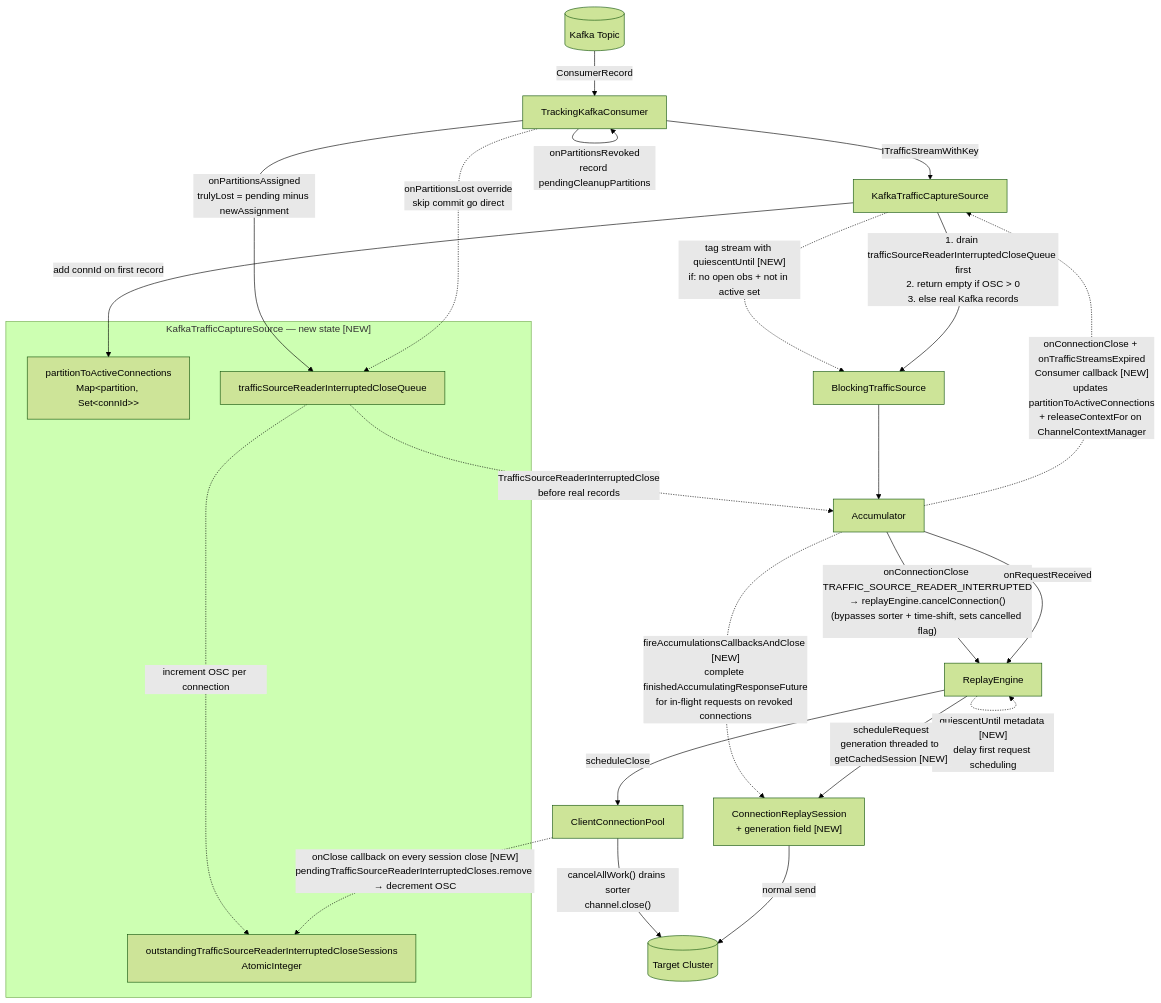
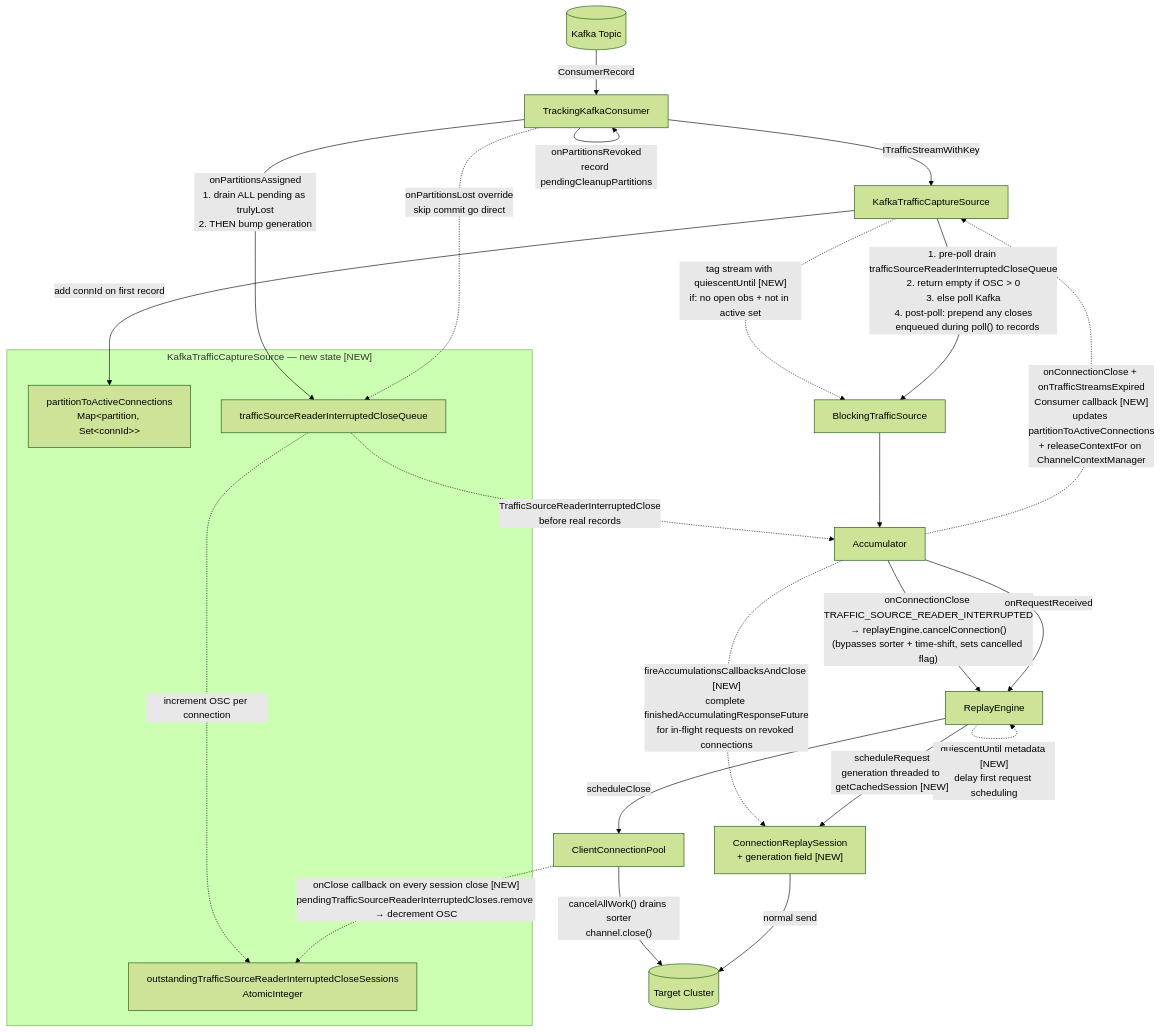
One commit to opensearch-project/opensearch-migrations changed the third of 4 diagrams in docs/replayerArchitecture.md. Above: the diagram before and after it, drawn with Mermaid (forest theme). The commit also changed other lines of this file and 2 other files, not shown here.

````diff
--- a/docs/replayerArchitecture.md
+++ b/docs/replayerArchitecture.md
@@ -155,45 +167,45 @@
 ```mermaid
 flowchart TD
     Kafka[(Kafka Topic)]
     KCS[KafkaTrafficCaptureSource]
     TKC[TrackingKafkaConsumer]
     BTS[BlockingTrafficSource]
     ACC[Accumulator]
     RE[ReplayEngine]
     CCP[ClientConnectionPool]
     CRS["ConnectionReplaySession\n+ generation field [NEW]"]
     Target[(Target Cluster)]
 
     subgraph planned_source["KafkaTrafficCaptureSource — new state [NEW]"]
         PAC["partitionToActiveConnections\nMap&lt;partition, Set&lt;connId&gt;&gt;"]
         SQ["trafficSourceReaderInterruptedCloseQueue"]
         OSC["outstandingTrafficSourceReaderInterruptedCloseSessions\nAtomicInteger"]
     end
 
     Kafka -->|ConsumerRecord| TKC
     TKC -->|ITrafficStreamWithKey| KCS
     KCS -->|add connId on first record| PAC
     KCS -.->|"tag stream with quiescentUntil [NEW]\nif: no open obs + not in active set"| BTS
-    KCS -->|"1. drain trafficSourceReaderInterruptedCloseQueue first\n2. return empty if OSC > 0\n3. else real Kafka records"| BTS
+    KCS -->|"1. pre-poll drain trafficSourceReaderInterruptedCloseQueue\n2. return empty if OSC > 0\n3. else poll Kafka\n4. post-poll: prepend any closes\n   enqueued during poll() to records"| BTS
     BTS --> ACC
 
     TKC -->|onPartitionsRevoked\nrecord pendingCleanupPartitions| TKC
-    TKC -->|onPartitionsAssigned\ntrulyLost = pending minus newAssignment| SQ
+    TKC -->|"onPartitionsAssigned\n1. drain ALL pending as trulyLost\n2. THEN bump generation"| SQ
     TKC -.->|onPartitionsLost override\nskip commit go direct| SQ
     SQ -.->|increment OSC per connection| OSC
 
     SQ -.->|TrafficSourceReaderInterruptedClose\nbefore real records| ACC
 
     ACC -.->|"fireAccumulationsCallbacksAndClose [NEW]\ncomplete finishedAccumulatingResponseFuture\nfor in-flight requests on revoked connections"| CRS
     ACC -.->|"onConnectionClose + onTrafficStreamsExpired\nConsumer callback [NEW]\nupdates partitionToActiveConnections\n+ releaseContextFor on ChannelContextManager"| KCS
 
     ACC -->|"onConnectionClose TRAFFIC_SOURCE_READER_INTERRUPTED\n→ replayEngine.cancelConnection()\n(bypasses sorter + time-shift, sets cancelled flag)"| RE
     RE -->|scheduleClose| CCP
     CCP -->|"cancelAllWork() drains sorter\nchannel.close()"| Target
     CCP -.->|"onClose callback on every session close [NEW]\npendingTrafficSourceReaderInterruptedCloses.remove → decrement OSC"| OSC
 
     ACC -->|onRequestReceived| RE
     RE -.->|"quiescentUntil metadata [NEW]\ndelay first request scheduling"| RE
     RE -->|"scheduleRequest\ngeneration threaded to getCachedSession [NEW]"| CRS
     CRS -->|normal send| Target
 ```
````
